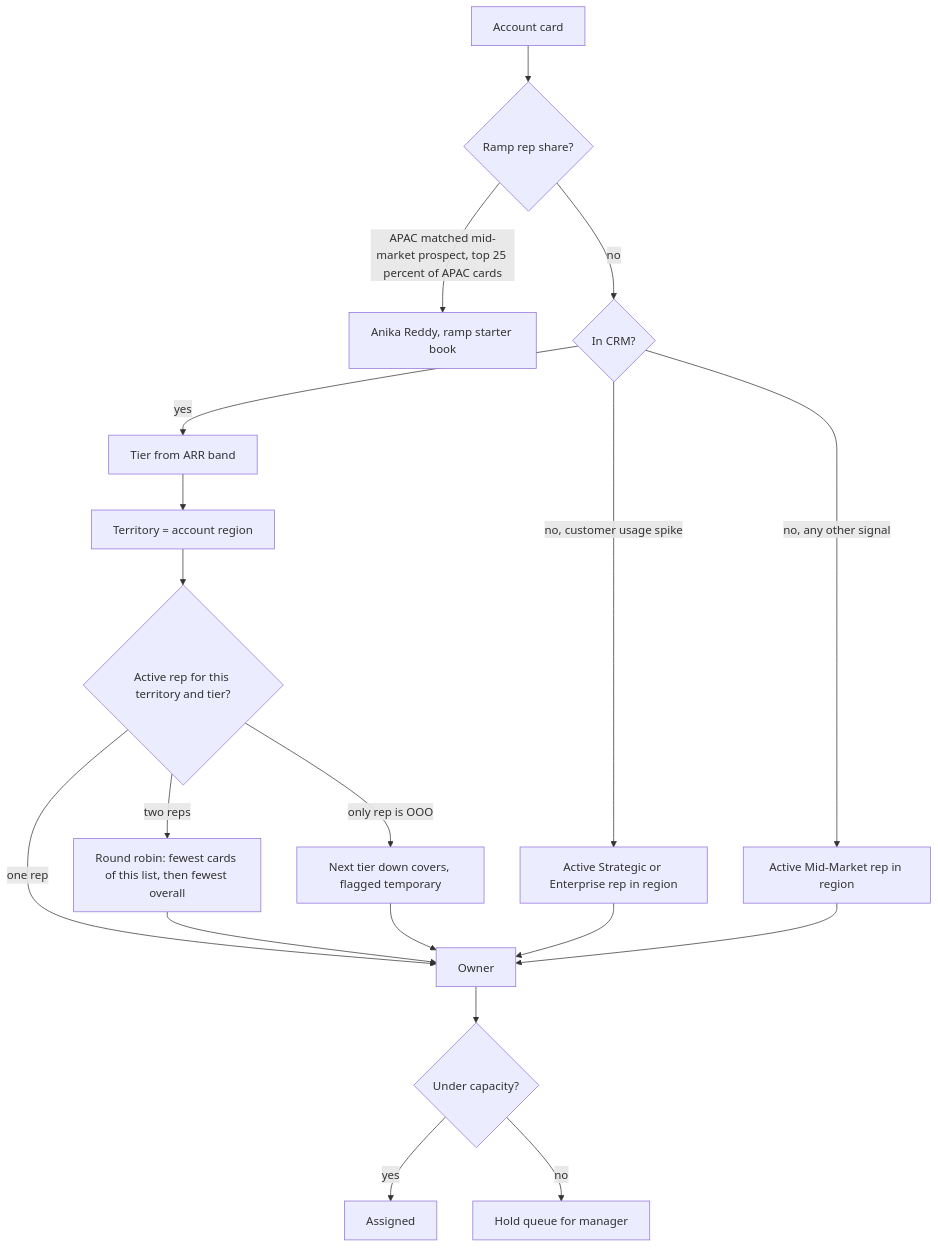
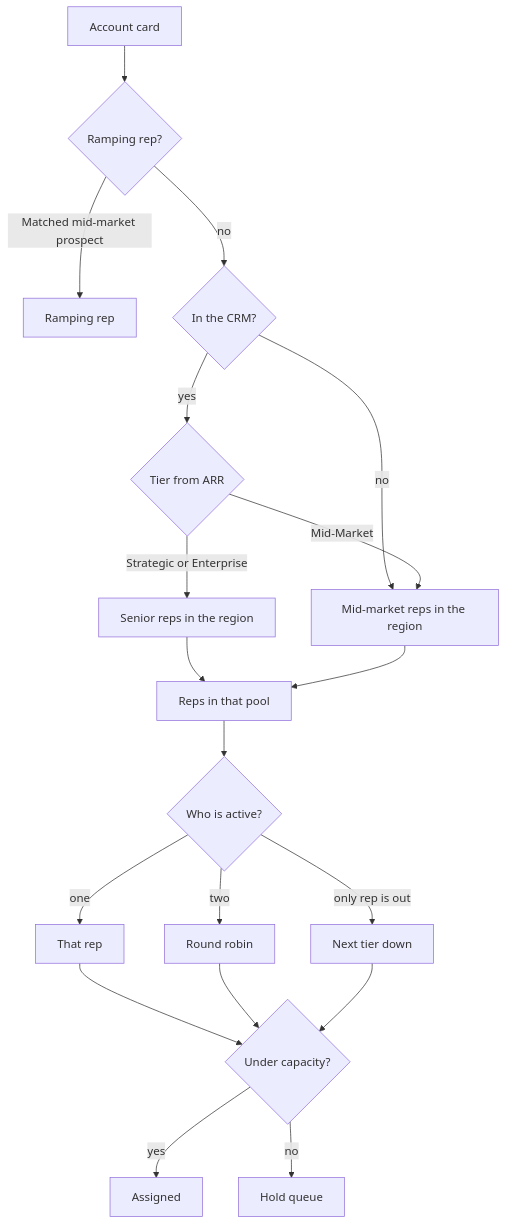
Before and after one commit to alexyyang15-pu/fireworks-signal-router: the second of 3 diagrams in DIAGRAMS.md, drawn with Mermaid. The commit also changed other lines of this file and 5 other files, not shown here.

First line of the commit message:
Route every unmatched signal through the mid-market pool.

````diff
--- a/DIAGRAMS.md
+++ b/DIAGRAMS.md
@@ -29,21 +29,21 @@
 ```mermaid
-flowchart TD
-    start["Account card"] --> ramp{"Ramp rep share?"}
-    ramp -->|"APAC matched mid-market prospect, top 25 percent of APAC cards"| anika["Anika Reddy, ramp starter book"]
-    ramp -->|"no"| matched{"In CRM?"}
-    matched -->|"no, customer usage spike"| senior["Active Strategic or Enterprise rep in region"]
-    matched -->|"no, any other signal"| mm["Active Mid-Market rep in region"]
-    matched -->|"yes"| tier["Tier from ARR band"]
-    tier --> region["Territory = account region"]
-    region --> active{"Active rep for this territory and tier?"}
-    active -->|"one rep"| owner["Owner"]
-    active -->|"two reps"| rr["Round robin: fewest cards of this list, then fewest overall"]
-    rr --> owner
-    active -->|"only rep is OOO"| cover["Next tier down covers, flagged temporary"]
-    cover --> owner
-    senior --> owner
-    mm --> owner
+flowchart TB
+    card["Account card"] --> ramp{"Ramping rep?"}
+    ramp -->|"Matched mid-market prospect"| rampRep["Ramping rep"]
+    ramp -->|no| crm{"In the CRM?"}
+    crm -->|no| mm["Mid-market reps in the region"]
+    crm -->|yes| tier{"Tier from ARR"}
+    tier -->|"Strategic or Enterprise"| senior["Senior reps in the region"]
+    tier -->|Mid-Market| mm
+    senior --> pool["Reps in that pool"]
+    mm --> pool
+    pool --> active{"Who is active?"}
+    active -->|one| owner["That rep"]
+    active -->|two| rr["Round robin"]
+    active -->|"only rep is out"| cover["Next tier down"]
     owner --> cap{"Under capacity?"}
-    cap -->|"yes"| done["Assigned"]
-    cap -->|"no"| hold["Hold queue for manager"]
+    rr --> cap
+    cover --> cap
+    cap -->|yes| done["Assigned"]
+    cap -->|no| hold["Hold queue"]
 ```
````
